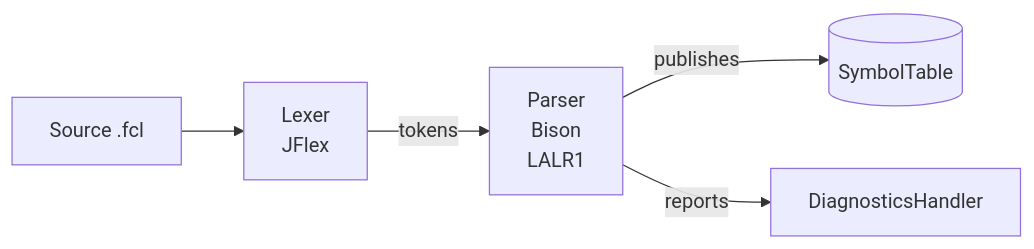
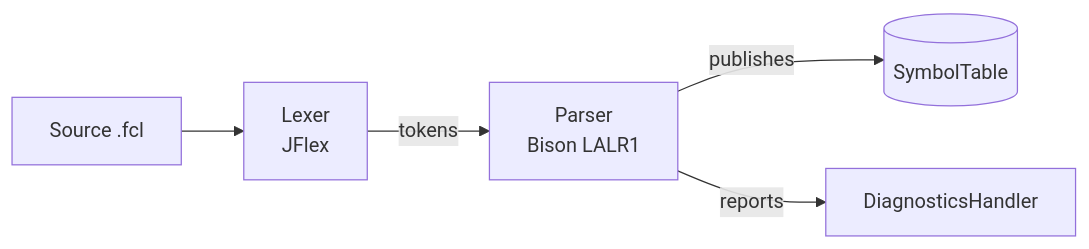
One commit to PascalUser/FLC-IEC61131-7 changed the diagram in README.md. Above: the diagram before and after it, drawn with Mermaid. The commit also changed other lines of this file and 37 other files, not shown here.

Commit message:
Correcciones en el HARDNESS sobre los gráficos Mermaid

````diff
--- a/README.md
+++ b/README.md
@@ -27,7 +28,7 @@
 ```mermaid
 flowchart LR
     SRC[Source .fcl] --> LEX[Lexer \nJFlex]
-    LEX -- tokens --> PAR[Parser \nBison \nLALR1]
+    LEX -- tokens --> PAR[Parser \nBison LALR1]
     PAR -- publishes --> ST[(SymbolTable)]
     PAR -- reports --> DIAG[DiagnosticsHandler]
 ```
````
